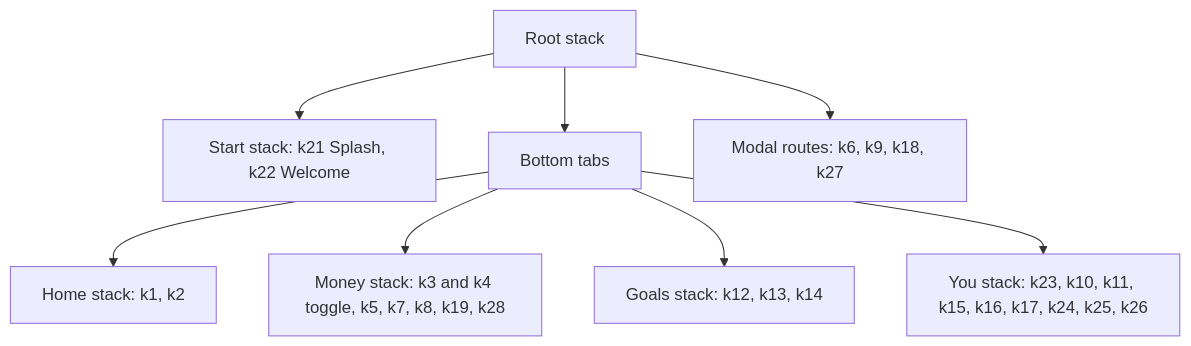
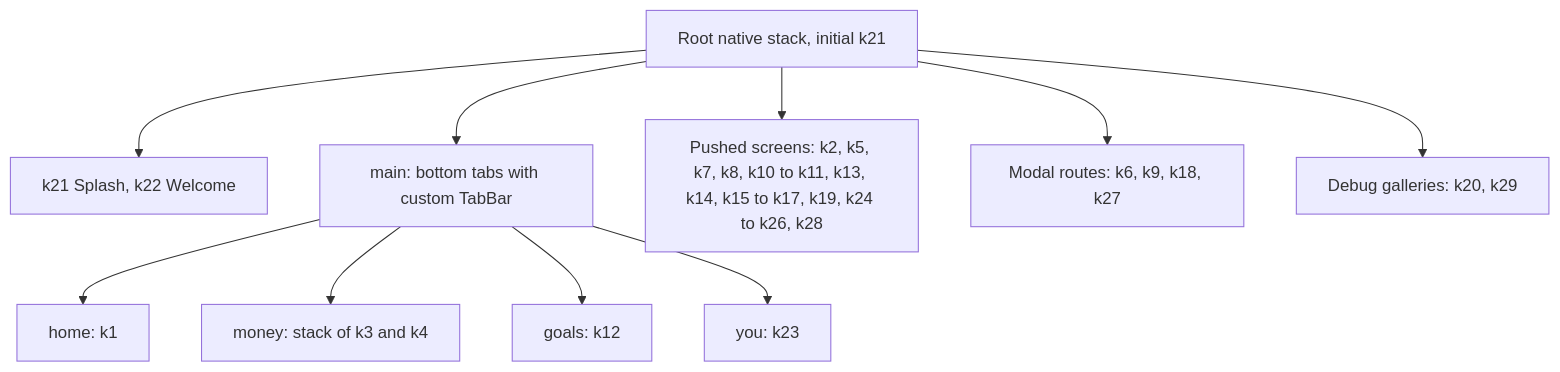
One commit to Aditya-Jyoti/bacchat changed the fourth of 17 diagrams in docs/architecture.md. Above: the diagram before and after it, drawn with Mermaid. The commit also changed other lines of this file and 52 other files, not shown here.

````diff
--- a/docs/architecture.md
+++ b/docs/architecture.md
@@ -71,10 +90,12 @@
 ```mermaid
 flowchart TD
-    ROOT[Root stack] --> START[Start stack: k21 Splash, k22 Welcome]
-    ROOT --> TABS[Bottom tabs]
+    ROOT[Root native stack, initial k21] --> START[k21 Splash, k22 Welcome]
+    ROOT --> MAIN[main: bottom tabs with custom TabBar]
+    ROOT --> PUSH[Pushed screens: k2, k5, k7, k8, k10 to k11, k13, k14, k15 to k17, k19, k24 to k26, k28]
     ROOT --> MOD[Modal routes: k6, k9, k18, k27]
-    TABS --> T1[Home stack: k1, k2]
-    TABS --> T2[Money stack: k3 and k4 toggle, k5, k7, k8, k19, k28]
-    TABS --> T3[Goals stack: k12, k13, k14]
-    TABS --> T4[You stack: k23, k10, k11, k15, k16, k17, k24, k25, k26]
+    ROOT --> DBG[Debug galleries: k20, k29]
+    MAIN --> T1[home: k1]
+    MAIN --> T2[money: stack of k3 and k4]
+    MAIN --> T3[goals: k12]
+    MAIN --> T4[you: k23]
 ```
````
